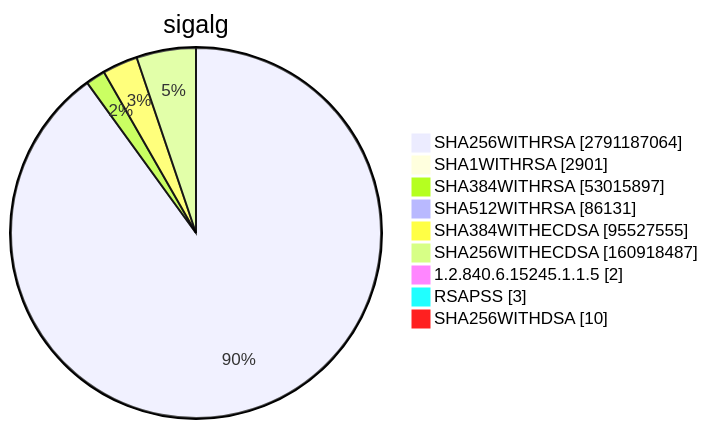
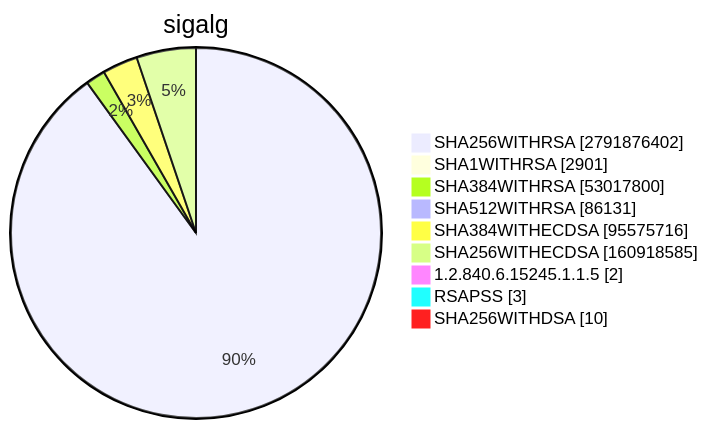
Diagram 15 of 15 in TOTAL/README.md (christiankrug/ctmonitor_visualization), drawn with Mermaid before and after one commit. The commit also changed other lines of this file, not shown here.

````diff
--- a/TOTAL/README.md
+++ b/TOTAL/README.md
@@ -6207,13 +6207,13 @@
 ```mermaid
 pie showData
 title sigalg
-"SHA256WITHRSA" :2791187064
+"SHA256WITHRSA" :2791876402
 "SHA1WITHRSA" :2901
-"SHA384WITHRSA" :53015897
+"SHA384WITHRSA" :53017800
 "SHA512WITHRSA" :86131
-"SHA384WITHECDSA" :95527555
-"SHA256WITHECDSA" :160918487
+"SHA384WITHECDSA" :95575716
+"SHA256WITHECDSA" :160918585
 "1.2.840.6.15245.1.1.5" :2
 "RSAPSS" :3
 "SHA256WITHDSA" :10
 ```
````
